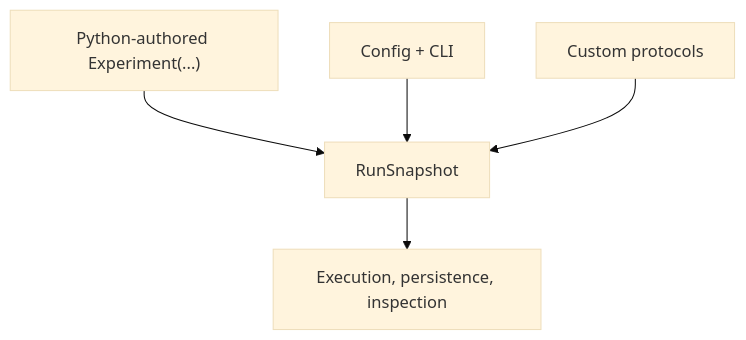
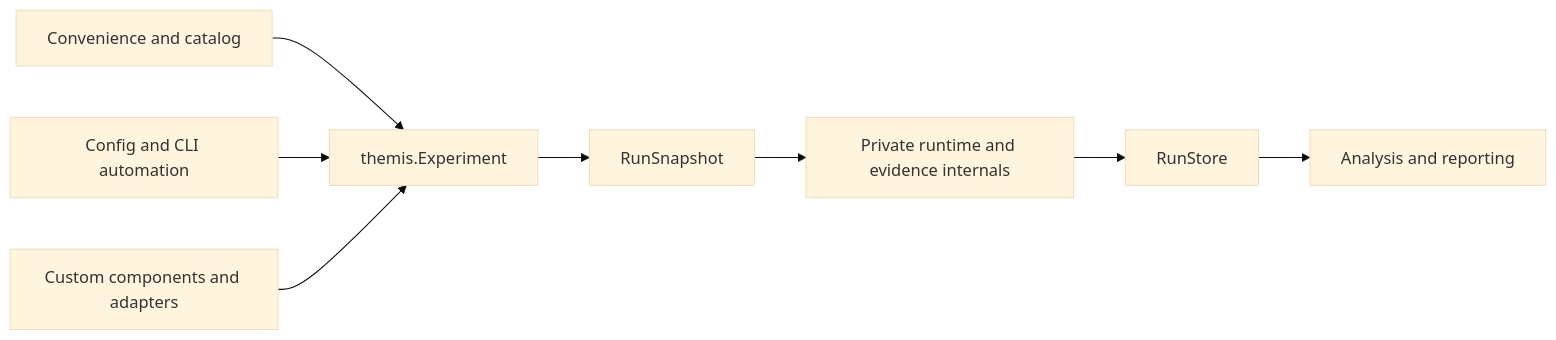
One commit to Pittawat2542/themis changed the diagram in docs/explanation/api-layer-model.md. Above: the diagram before and after it, drawn with Mermaid (base theme). The commit also changed other lines of this file and 55 other files, not shown here.

````diff
--- a/docs/explanation/api-layer-model.md
+++ b/docs/explanation/api-layer-model.md
@@ -20,7 +22,10 @@
 ```mermaid
-flowchart TD
-    A["Python-authored Experiment(...)"] --> D["RunSnapshot"]
-    B["Config + CLI"] --> D
-    C["Custom protocols"] --> D
-    D --> F["Execution, persistence, inspection"]
+flowchart LR
+    A["Convenience and catalog"] --> D["themis.Experiment"]
+    B["Config and CLI automation"] --> D
+    C["Custom components and adapters"] --> D
+    D --> E["RunSnapshot"]
+    E --> F["Private runtime and evidence internals"]
+    F --> G["RunStore"]
+    G --> H["Analysis and reporting"]
 ```
````
